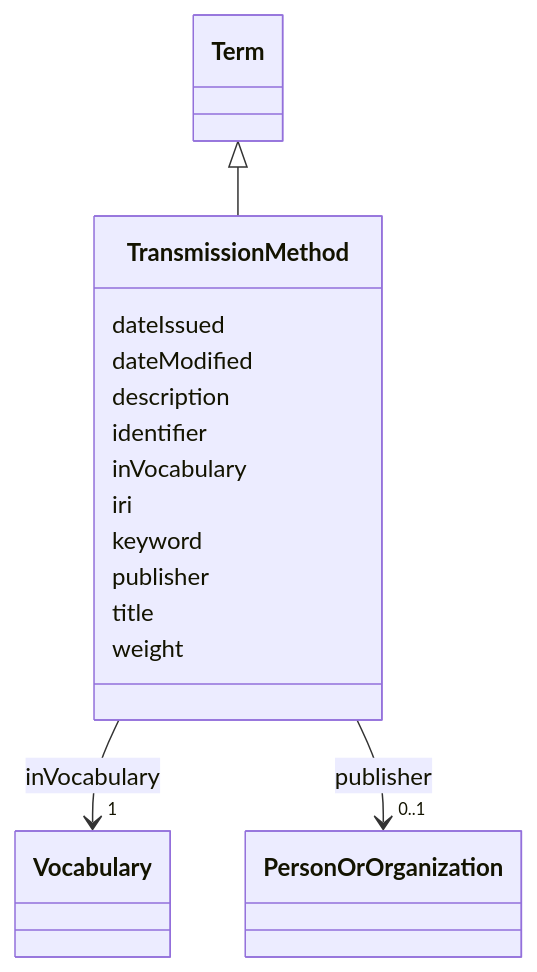
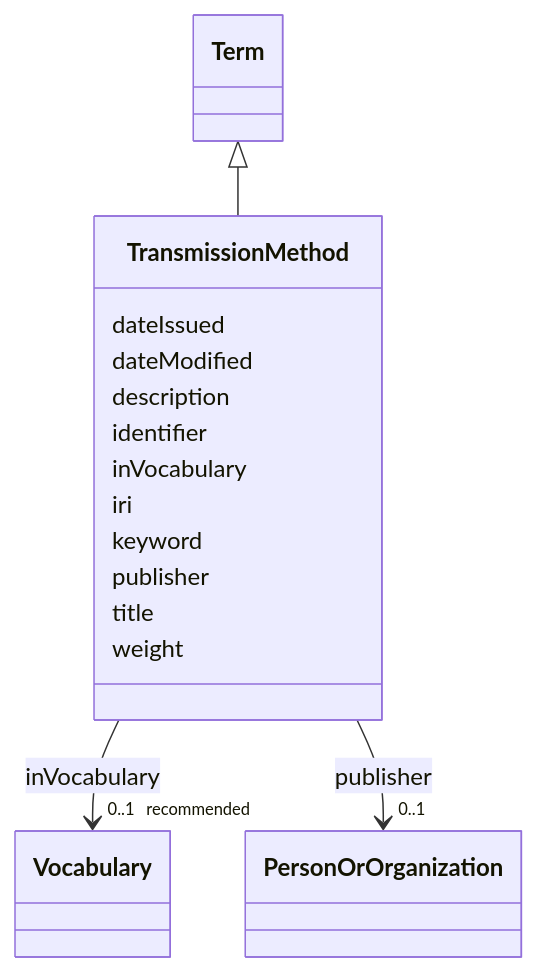
Before and after one commit to EVORA-project/evora-ontology: the diagram in models/docs/TransmissionMethod.md, drawn with Mermaid. The commit also changed other lines of this file and 307 other files, not shown here.

````diff
--- a/models/docs/TransmissionMethod.md
+++ b/models/docs/TransmissionMethod.md
@@ -19,43 +19,43 @@
 ```mermaid
  classDiagram
     class TransmissionMethod
     click TransmissionMethod href "../TransmissionMethod"
       Term <|-- TransmissionMethod
         click Term href "../Term"
       
       TransmissionMethod : dateIssued
         
       TransmissionMethod : dateModified
         
       TransmissionMethod : description
         
       TransmissionMethod : identifier
         
       TransmissionMethod : inVocabulary
         
           
     
     
-    TransmissionMethod --> "1" Vocabulary : inVocabulary
+    TransmissionMethod --> "0..1 _recommended_" Vocabulary : inVocabulary
     click Vocabulary href "../Vocabulary"
 
         
       TransmissionMethod : iri
         
       TransmissionMethod : keyword
         
       TransmissionMethod : publisher
         
           
     
     
     TransmissionMethod --> "0..1" PersonOrOrganization : publisher
     click PersonOrOrganization href "../PersonOrOrganization"
 
         
       TransmissionMethod : title
         
       TransmissionMethod : weight
         
       
 ```
````
